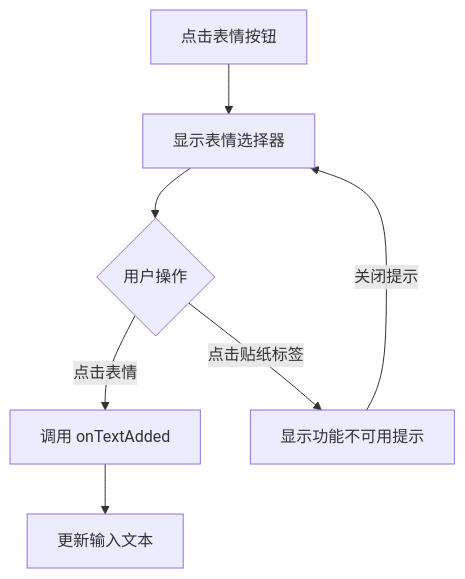
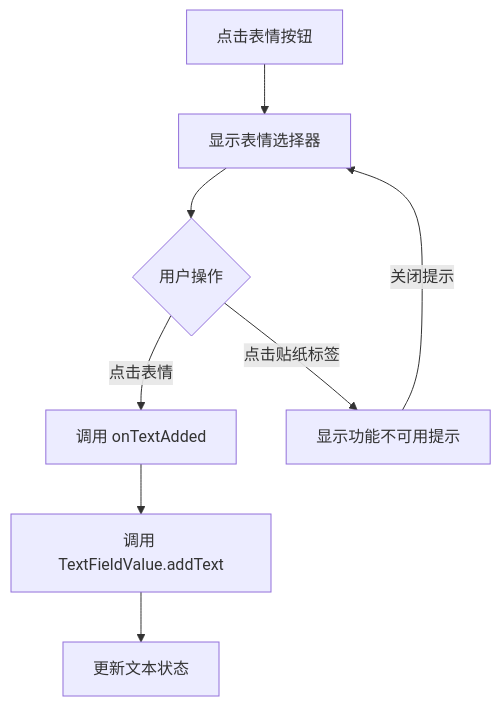
The fourth of 4 diagrams in Jetchat/app/src/main/java/com/example/compose/jetchat/conversation/UserInput.kt.md (hyh19/compose-samples), drawn with Mermaid before and after one commit. The commit also changed other lines of this file, not shown here.

````diff
--- a/Jetchat/app/src/main/java/com/example/compose/jetchat/conversation/UserInput.kt.md
+++ b/Jetchat/app/src/main/java/com/example/compose/jetchat/conversation/UserInput.kt.md
@@ -140,9 +237,10 @@
 ```mermaid
 flowchart TD
     A[点击表情按钮] --> B[显示表情选择器]
     B --> C{用户操作}
     C -->|点击表情| D[调用 onTextAdded]
     C -->|点击贴纸标签| E[显示功能不可用提示]
-    D --> F[更新输入文本]
+    D --> F[调用 TextFieldValue.addText]
+    F --> G[更新文本状态]
     E -->|关闭提示| B
 ```
````
